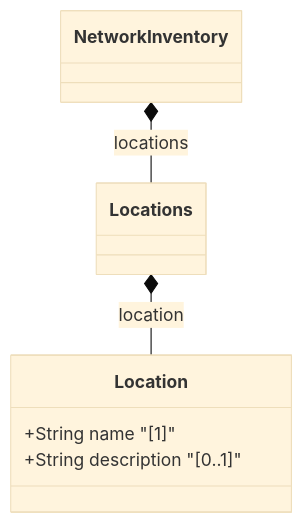
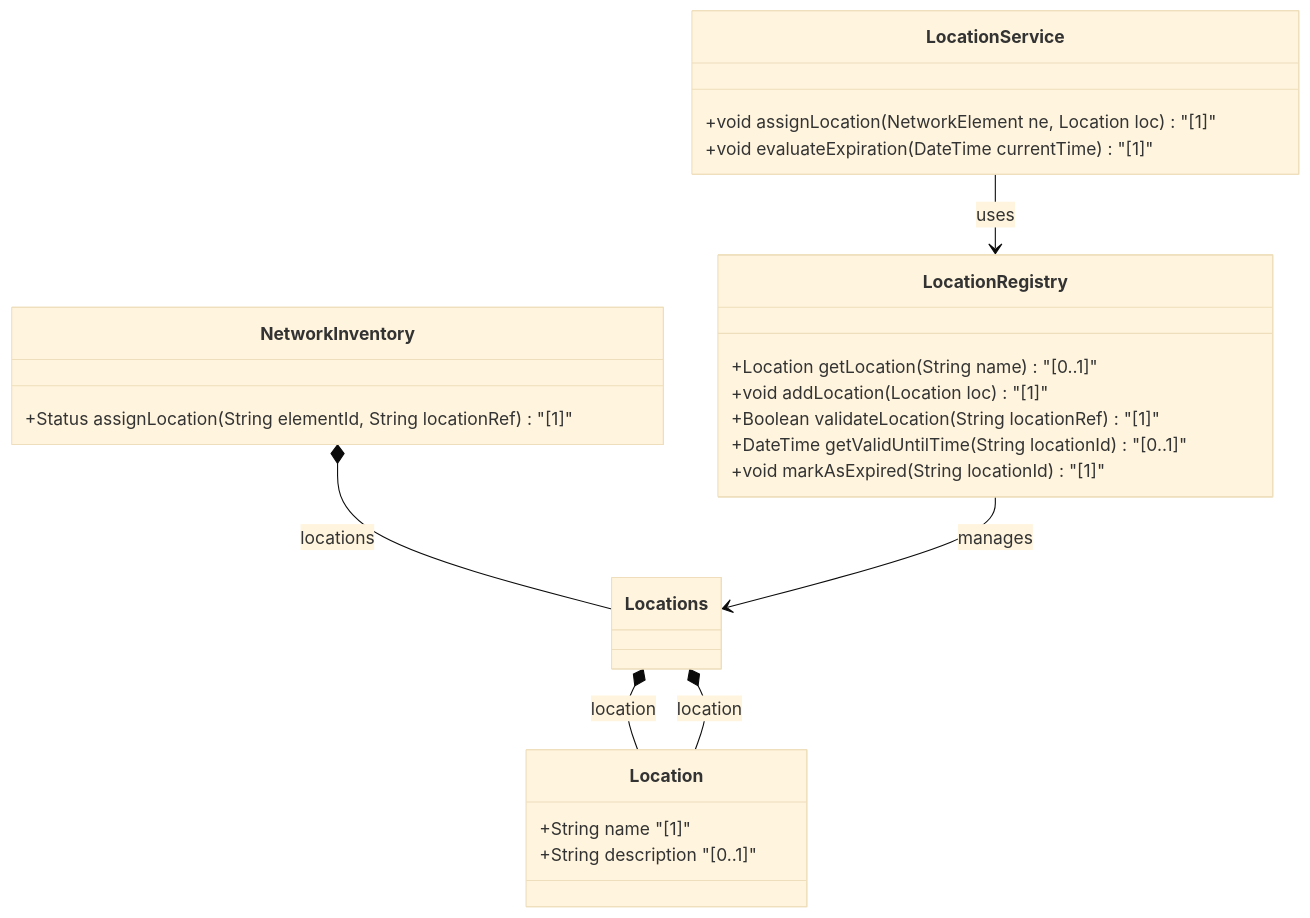
Before and after one commit to gintatkinson/3dgs-032: the diagram in docs/features/feat-08-locations.md, drawn with Mermaid (base theme). The commit also changed other lines of this file and 14 other files, not shown here.

````diff
--- a/docs/features/feat-08-locations.md
+++ b/docs/features/feat-08-locations.md
@@ -23,11 +25,27 @@
 ```mermaid
 classDiagram
-    class NetworkInventory
+    class NetworkInventory {
+        +Status assignLocation(String elementId, String locationRef) "[1]"
+    }
     class Locations
     class Location {
         +String name "[1]"
         +String description "[0..1]"
     }
+    class LocationRegistry {
+        +Location getLocation(String name) "[0..1]"
+        +void addLocation(Location loc) "[1]"
+        +Boolean validateLocation(String locationRef) "[1]"
+        +DateTime getValidUntilTime(String locationId) "[0..1]"
+        +void markAsExpired(String locationId) "[1]"
+    }
+    class LocationService {
+        +void assignLocation(NetworkElement ne, Location loc) "[1]"
+        +void evaluateExpiration(DateTime currentTime) "[1]"
+    }
     NetworkInventory *-- Locations : locations
     Locations *-- Location : location
+    LocationRegistry --> Locations : manages
+    LocationService --> LocationRegistry : uses
+    Locations *-- Location : location
 ```
````
